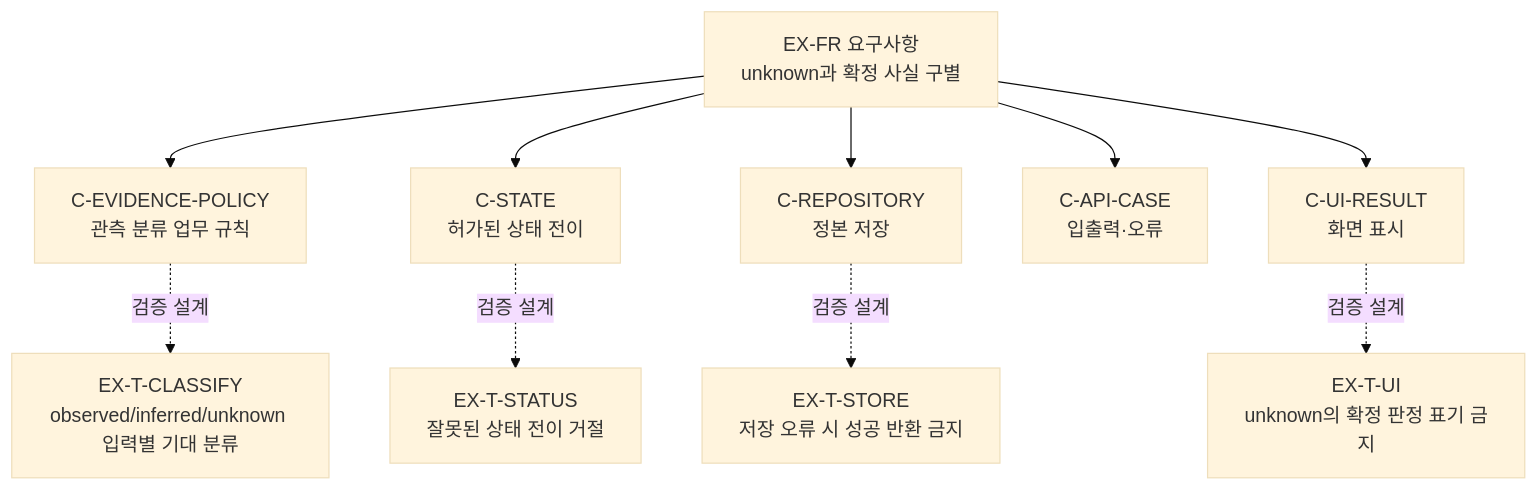
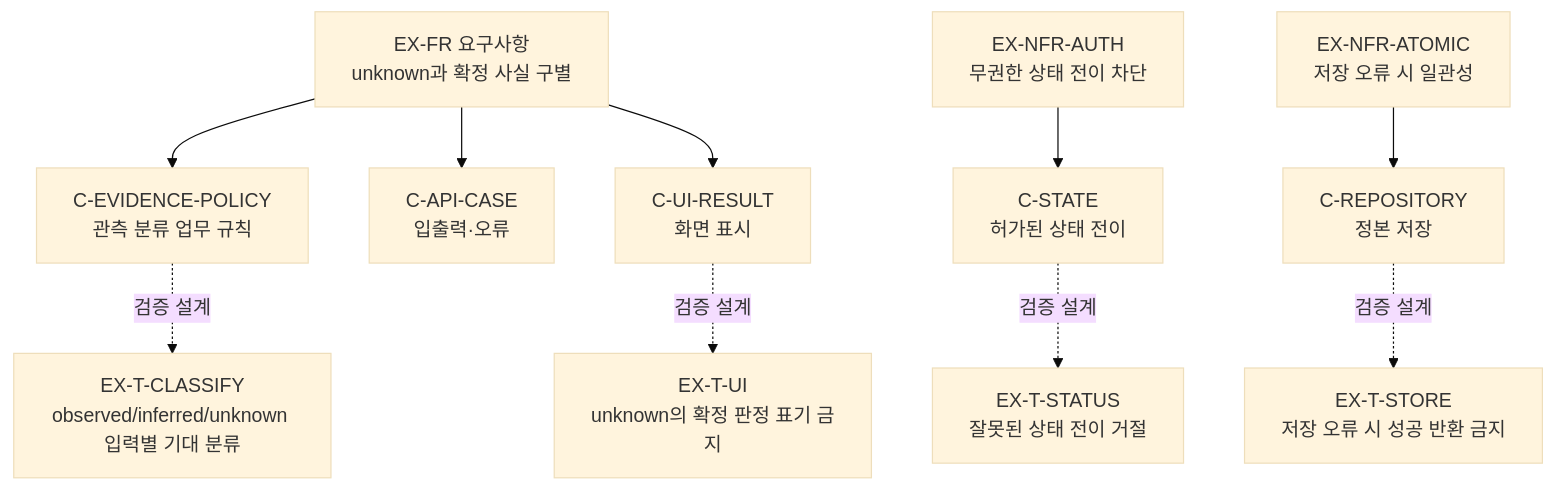
The first of 5 diagrams in docs/deliverables/COMPONENT-DESIGN-VIEWS.md (ik-e/chaja-you), drawn with Mermaid (base theme) before and after one commit. The commit also changed other lines of this file, not shown here.

Commit message:
docs(design): distinguish FR, authorization and atomicity test responsibilities

````diff
--- a/docs/deliverables/COMPONENT-DESIGN-VIEWS.md
+++ b/docs/deliverables/COMPONENT-DESIGN-VIEWS.md
@@ -12,22 +12,24 @@
 ```mermaid
 flowchart TD
   FR["EX-FR 요구사항<br/>unknown과 확정 사실 구별"]
   CP["C-EVIDENCE-POLICY<br/>관측 분류 업무 규칙"]
   ST["C-STATE<br/>허가된 상태 전이"]
   REP["C-REPOSITORY<br/>정본 저장"]
   API["C-API-CASE<br/>입출력·오류"]
   UI["C-UI-RESULT<br/>화면 표시"]
   TF["EX-T-CLASSIFY<br/>observed/inferred/unknown 입력별 기대 분류"]
   TS["EX-T-STATUS<br/>잘못된 상태 전이 거절"]
   TR["EX-T-STORE<br/>저장 오류 시 성공 반환 금지"]
   TU["EX-T-UI<br/>unknown의 확정 판정 표기 금지"]
   FR --> CP
-  FR --> ST
-  FR --> REP
+  AUTHREQ["EX-NFR-AUTH<br/>무권한 상태 전이 차단"]
+  ATOMICREQ["EX-NFR-ATOMIC<br/>저장 오류 시 일관성"]
   FR --> API
+  AUTHREQ --> ST
+  ATOMICREQ --> REP
   FR --> UI
   CP -. "검증 설계" .-> TF
   ST -. "검증 설계" .-> TS
   REP -. "검증 설계" .-> TR
   UI -. "검증 설계" .-> TU
 ```
````
